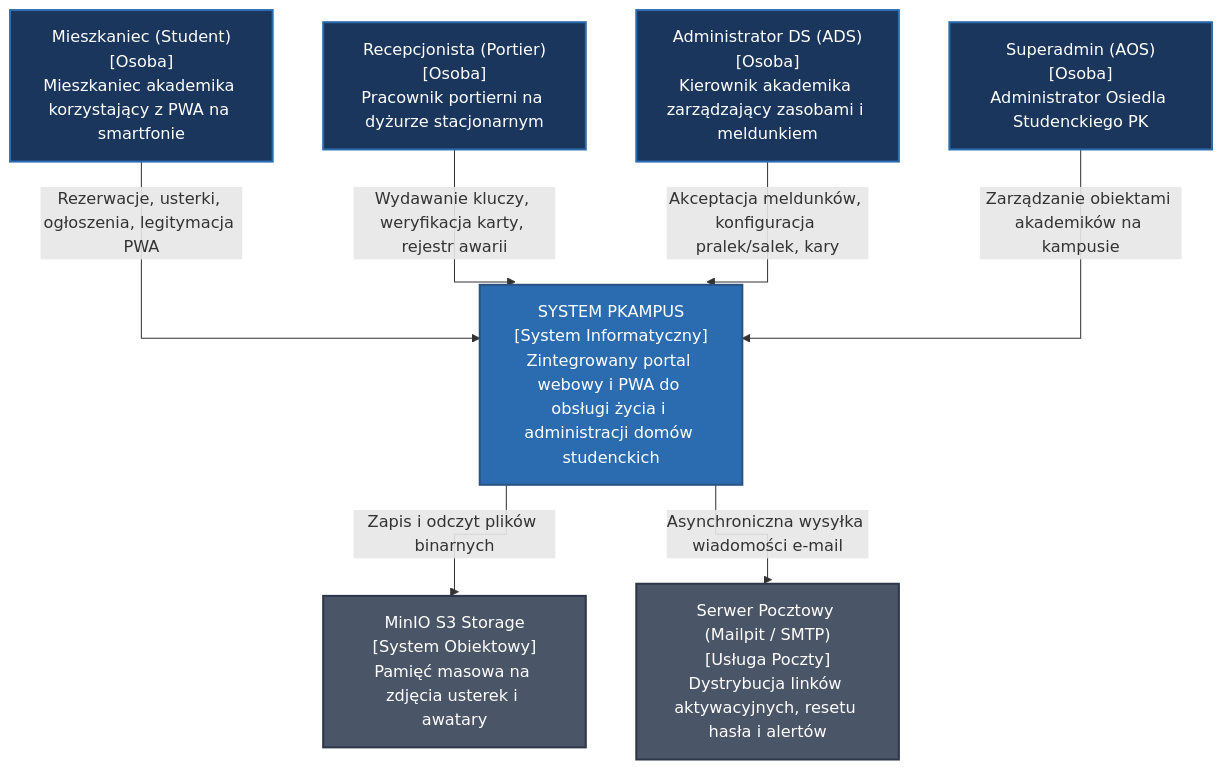
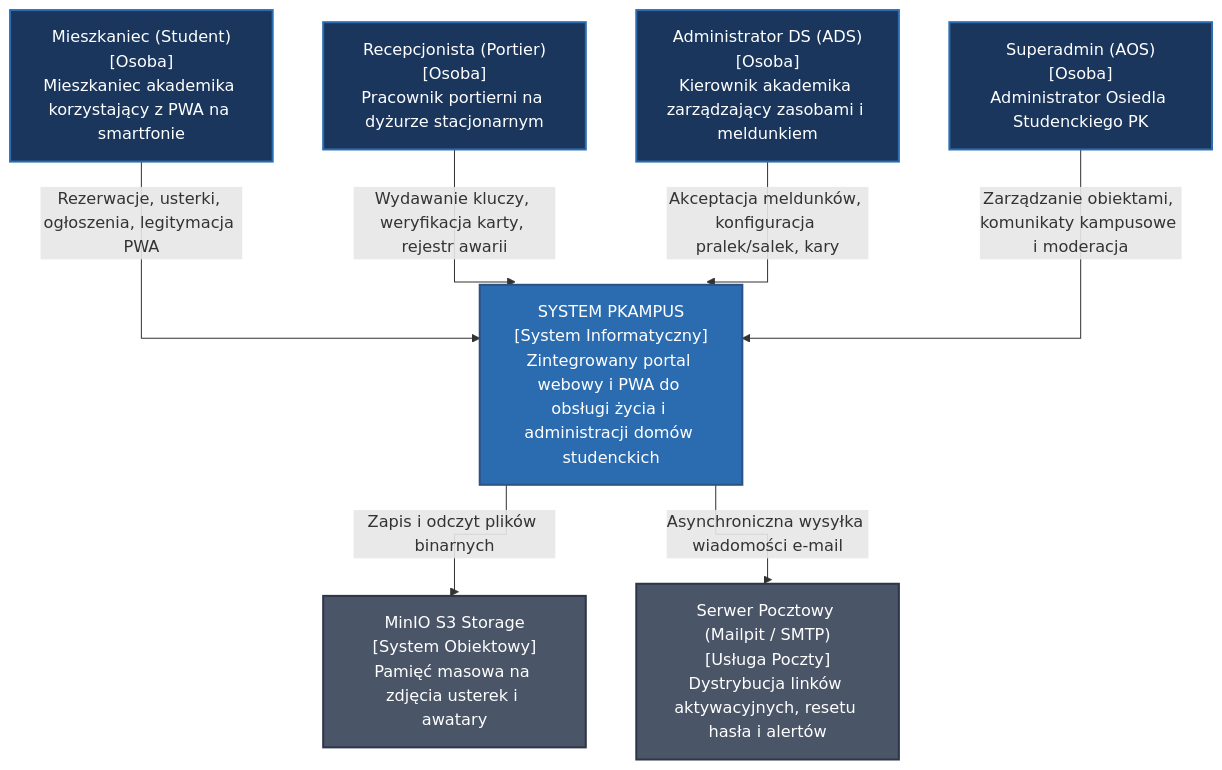
One commit to Buczy8/PKampus changed the first of 3 diagrams in Docs/Diagram_Komponentow_C4.md. Above: the diagram before and after it, drawn with Mermaid. The commit also changed 5 other files, not shown here.

Commit message:
docs: update C4 diagrams and ERD to clarify roles and interactions, including Superadmin responsibilities and user registration details

````diff
--- a/Docs/Diagram_Komponentow_C4.md
+++ b/Docs/Diagram_Komponentow_C4.md
@@ -11,25 +11,25 @@
 ```mermaid
 %%{init: {'flowchart': {'curve': 'stepBefore'}}}%%
 flowchart TB
     classDef personStyle fill:#1a365d,stroke:#2b6cb0,stroke-width:2px,color:#fff;
     classDef systemStyle fill:#2b6cb0,stroke:#2c5282,stroke-width:2px,color:#fff;
     classDef extStyle fill:#4a5568,stroke:#2d3748,stroke-width:2px,color:#fff;
 
     M["Mieszkaniec (Student)<br/>[Osoba]<br/>Mieszkaniec akademika korzystający z PWA na smartfonie"]:::personStyle
     P["Recepcjonista (Portier)<br/>[Osoba]<br/>Pracownik portierni na dyżurze stacjonarnym"]:::personStyle
     ADS["Administrator DS (ADS)<br/>[Osoba]<br/>Kierownik akademika zarządzający zasobami i meldunkiem"]:::personStyle
     AOS["Superadmin (AOS)<br/>[Osoba]<br/>Administrator Osiedla Studenckiego PK"]:::personStyle
 
     PKAMPUS["SYSTEM PKAMPUS<br/>[System Informatyczny]<br/>Zintegrowany portal webowy i PWA do obsługi życia i administracji domów studenckich"]:::systemStyle
 
     S3["MinIO S3 Storage<br/>[System Obiektowy]<br/>Pamięć masowa na zdjęcia usterek i awatary"]:::extStyle
     MAIL["Serwer Pocztowy (Mailpit / SMTP)<br/>[Usługa Poczty]<br/>Dystrybucja linków aktywacyjnych, resetu hasła i alertów"]:::extStyle
 
     M -->|Rezerwacje, usterki, ogłoszenia, legitymacja PWA| PKAMPUS
     P -->|Wydawanie kluczy, weryfikacja karty, rejestr awarii| PKAMPUS
     ADS -->|Akceptacja meldunków, konfiguracja pralek/salek, kary| PKAMPUS
-    AOS -->|Zarządzanie obiektami akademików na kampusie| PKAMPUS
+    AOS -->|Zarządzanie obiektami, komunikaty kampusowe i moderacja| PKAMPUS
 
     PKAMPUS -->|Zapis i odczyt plików binarnych| S3
     PKAMPUS -->|Asynchroniczna wysyłka wiadomości e-mail| MAIL
 ```
````
